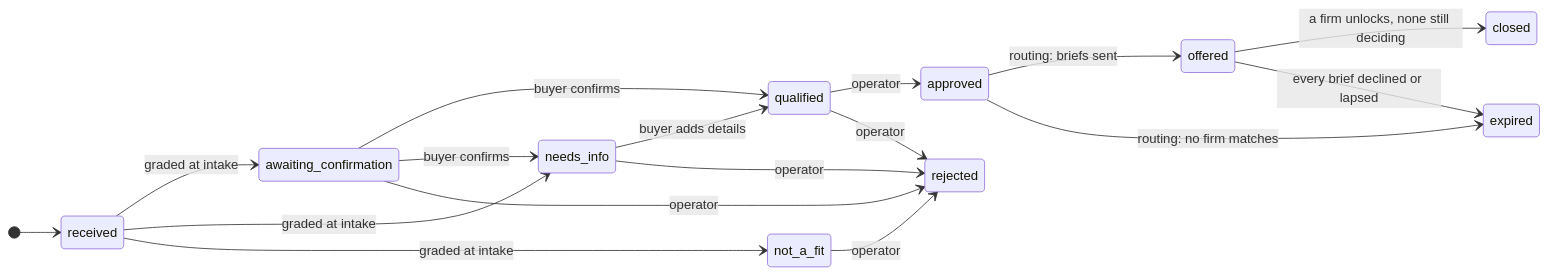
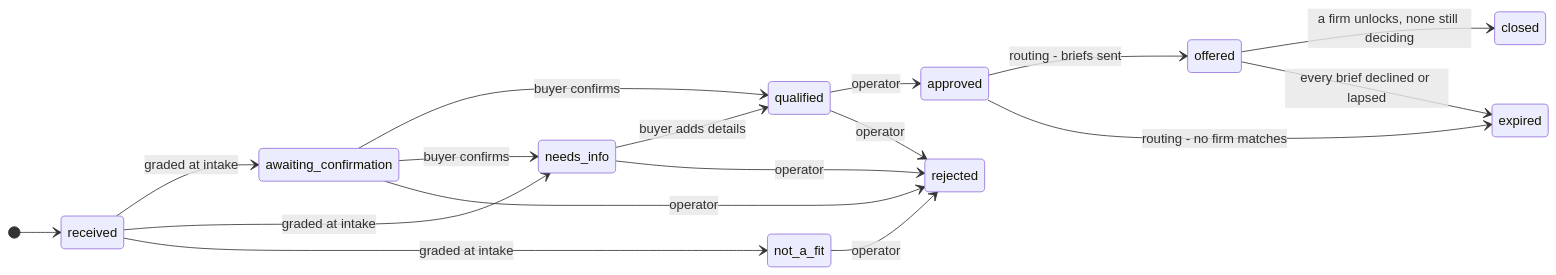
Before and after one commit to Rwb3n/macan: the second of 7 diagrams in model/views/map.md, drawn with Mermaid. The commit also changed 2 other files, not shown here.

Commit message:
Map view: colons in lifecycle labels no longer break Mermaid

````diff
--- a/model/views/map.md
+++ b/model/views/map.md
@@ -123,20 +123,20 @@
 ```mermaid
 stateDiagram-v2
   direction LR
   [*] --> received
   received --> awaiting_confirmation: graded at intake
   received --> needs_info: graded at intake
   received --> not_a_fit: graded at intake
   awaiting_confirmation --> qualified: buyer confirms
   awaiting_confirmation --> needs_info: buyer confirms
   needs_info --> qualified: buyer adds details
   qualified --> approved: operator
   qualified --> rejected: operator
   needs_info --> rejected: operator
   not_a_fit --> rejected: operator
   awaiting_confirmation --> rejected: operator
-  approved --> offered: routing: briefs sent
-  approved --> expired: routing: no firm matches
+  approved --> offered: routing - briefs sent
+  approved --> expired: routing - no firm matches
   offered --> closed: a firm unlocks, none still deciding
   offered --> expired: every brief declined or lapsed
 ```
````
